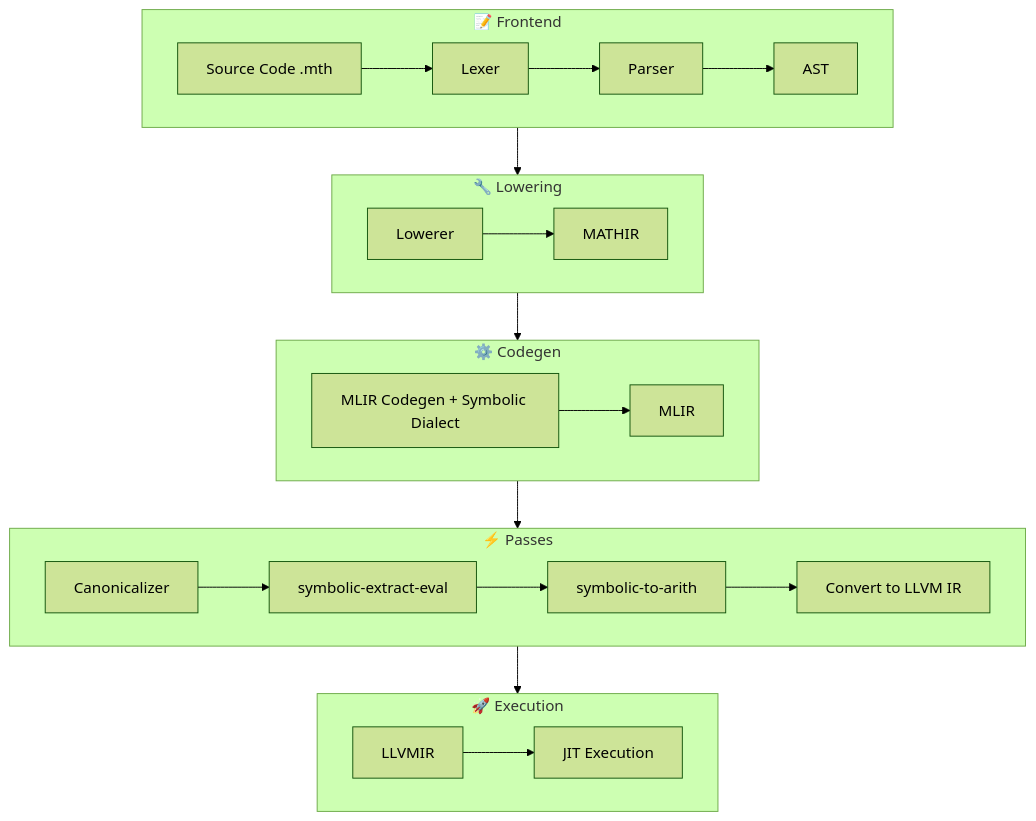
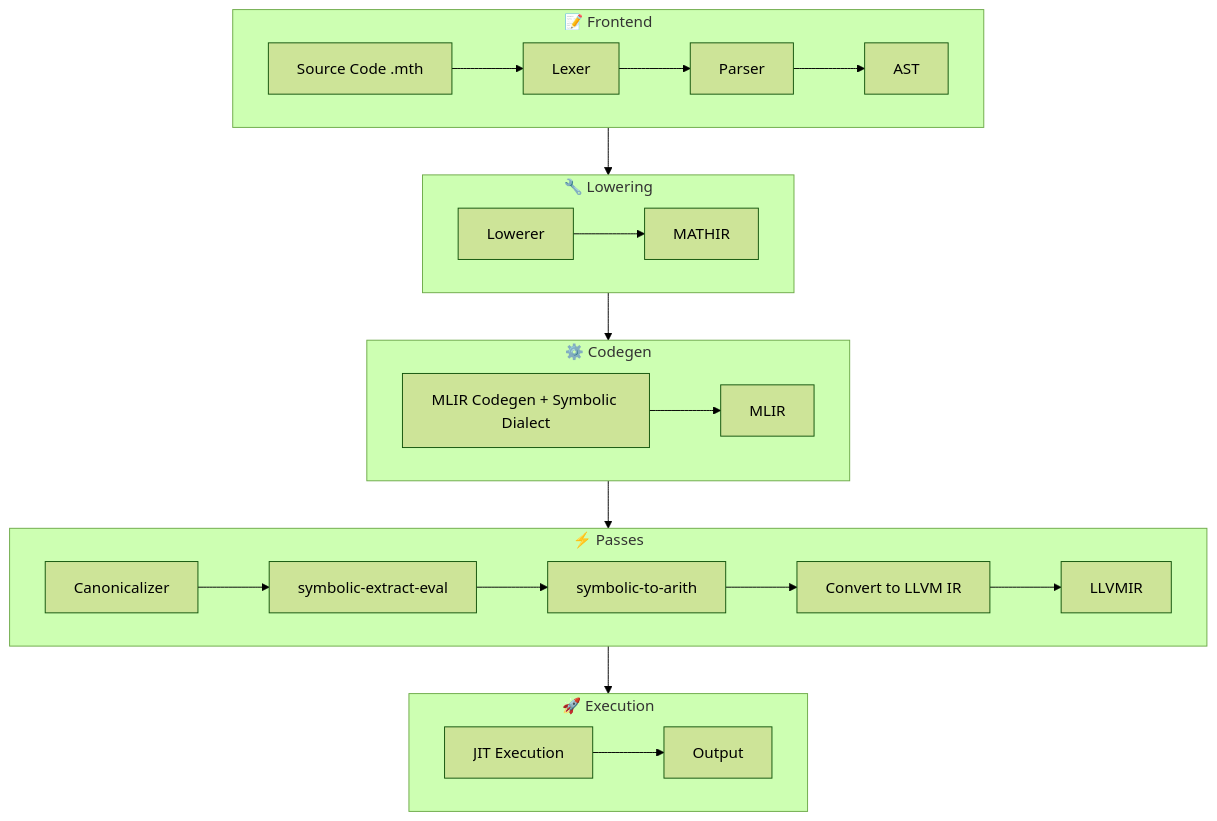
Before and after one commit to FrancoGiachetta/mathic: the diagram in docs/README.md, drawn with Mermaid (forest theme).

Commit message:
more improvements

````diff
--- a/docs/README.md
+++ b/docs/README.md
@@ -77,32 +77,32 @@
 ```mermaid
 flowchart TD
     subgraph Frontend["📝 Frontend"]
         direction LR
         Source[Source Code .mth] --> Lexer --> Parser --> AST
     end
 
     subgraph Lowering["🔧 Lowering"]
         direction LR
         Lowerer --> MATHIR
     end
 
     subgraph Codegen["⚙️ Codegen"]
         direction LR
         MLIR[MLIR Codegen + Symbolic Dialect]
-        MLIR --> Output[MLIR]
+        MLIR --> MLIROut[MLIR]
     end
 
     subgraph Passes["⚡ Passes"]
         direction LR
-        Canonicalizer --> ExtractEval[symbolic-extract-eval] --> ToArith[symbolic-to-arith] --> LLVM[Convert to LLVM IR]
+        Canonicalizer --> ExtractEval[symbolic-extract-eval] --> ToArith[symbolic-to-arith] --> LLVM[Convert to LLVM IR] --> LLVMIR
     end
 
     subgraph Execution["🚀 Execution"]
         direction LR
-        LLVMIR --> JIT[JIT Execution]
+        JIT[JIT Execution] --> Output
     end
 
     Frontend --> Lowering --> Codegen
     Codegen --> Passes
     Passes --> Execution
 ```
````
